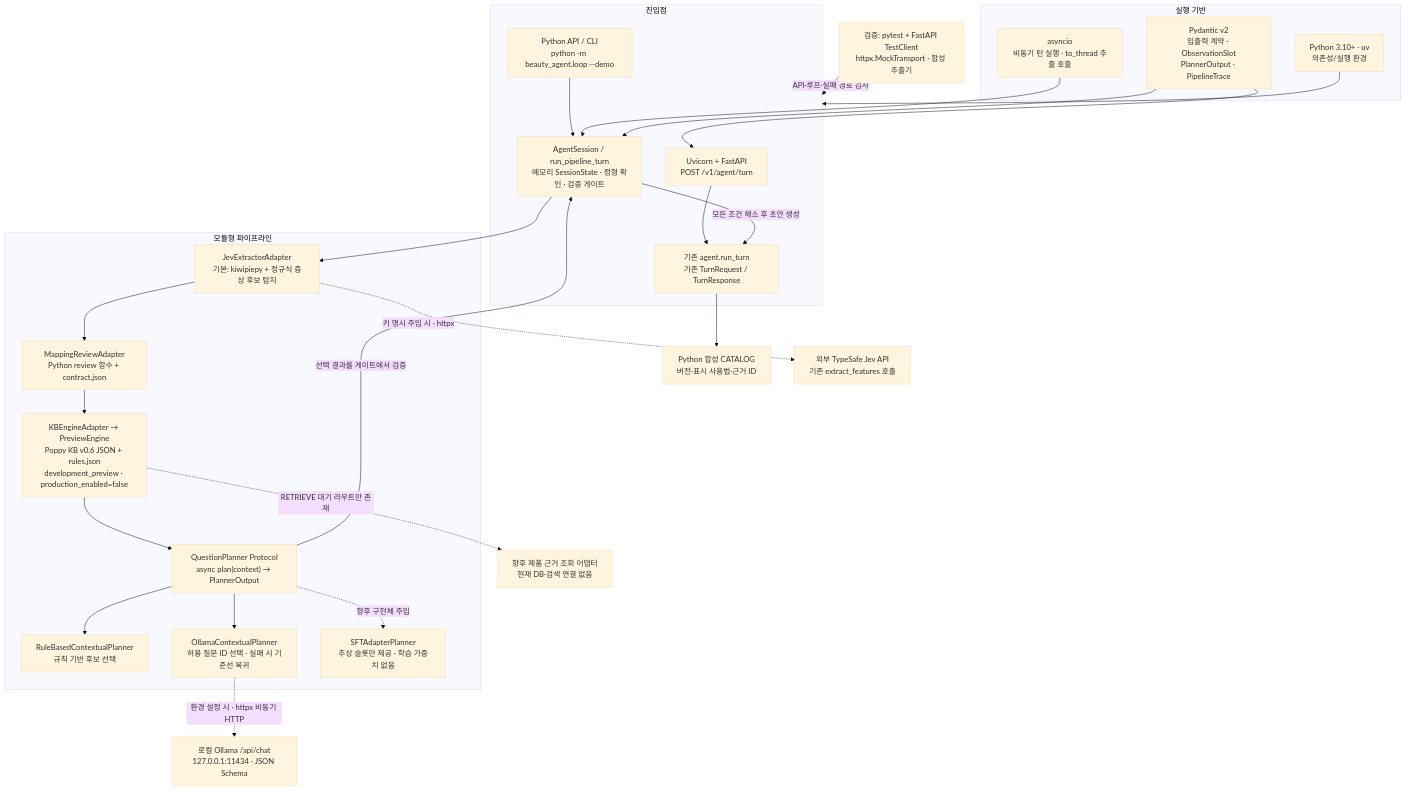
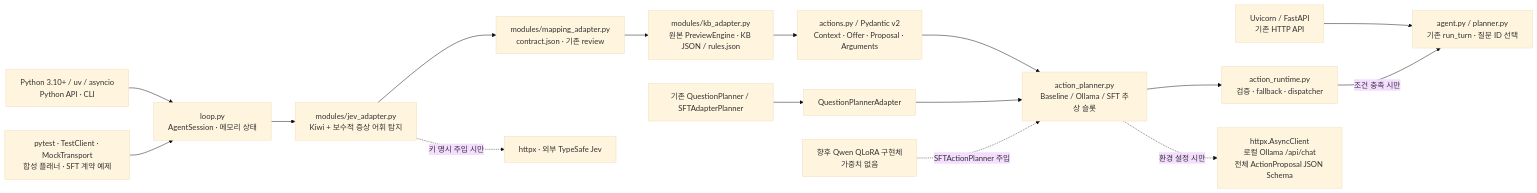
Before and after one commit to rnehdud/ppopy: the second of 2 diagrams in courses/ai-applications/experiments/cos-agent/docs/modular-agent-loop.md, drawn with Mermaid (base theme). The commit also changed other lines of this file and 13 other files, not shown here.

Commit message:
feat: validate and dispatch contextual agent action proposals

````diff
--- a/courses/ai-applications/experiments/cos-agent/docs/modular-agent-loop.md
+++ b/courses/ai-applications/experiments/cos-agent/docs/modular-agent-loop.md
@@ -45,47 +37,17 @@
 ```mermaid
-flowchart TB
-    subgraph Runtime["실행 기반"]
-        Python["Python 3.10+ · uv<br/>의존성/실행 환경"]
-        Async["asyncio<br/>비동기 턴 실행 · to_thread 추출 호출"]
-        Contracts["Pydantic v2<br/>입출력 계약 · ObservationSlot<br/>PlannerOutput · PipelineTrace"]
-    end
-
-    subgraph Entry["진입점"]
-        HTTP["Uvicorn + FastAPI<br/>POST /v1/agent/turn"]
-        Legacy["기존 agent.run_turn<br/>기존 TurnRequest / TurnResponse"]
-        CLI["Python API / CLI<br/>python -m beauty_agent.loop --demo"]
-        Loop["AgentSession / run_pipeline_turn<br/>메모리 SessionState · 정형 확인 · 검증 게이트"]
-        HTTP --> Legacy
-        CLI --> Loop
-    end
-
-    Python --> Entry
-    Async --> Loop
-    Contracts --> HTTP
-    Contracts --> Loop
-
-    subgraph Modules["모듈형 파이프라인"]
-        Extract["JevExtractorAdapter<br/>기본: kiwipiepy + 정규식 증상 후보 탐지"]
-        Review["MappingReviewAdapter<br/>Python review 함수 + contract.json"]
-        Engine["KBEngineAdapter → PreviewEngine<br/>Poppy KB v0.6 JSON + rules.json<br/>development_preview · production_enabled=false"]
-        Slot["QuestionPlanner Protocol<br/>async plan(context) → PlannerOutput"]
-        Base["RuleBasedContextualPlanner<br/>규칙 기반 후보 선택"]
-        Ollama["OllamaContextualPlanner<br/>허용 질문 ID 선택 · 실패 시 기준선 복귀"]
-        SFT["SFTAdapterPlanner<br/>추상 슬롯만 제공 · 학습 가중치 없음"]
-        Extract --> Review --> Engine --> Slot
-        Slot --> Base
-        Slot --> Ollama
-        Slot -.->|"향후 구현체 주입"| SFT
-    end
-
-    Loop --> Extract
-    Slot -->|"선택 결과를 게이트에서 검증"| Loop
-    Loop -->|"모든 조건 해소 후 초안 생성"| Legacy
-    Legacy --> Catalog["Python 합성 CATALOG<br/>버전·표시 사용법·근거 ID"]
-
-    Extract -.->|"키 명시 주입 시 · httpx"| JevAPI["외부 TypeSafe Jev API<br/>기존 extract_features 호출"]
-    Ollama -.->|"환경 설정 시 · httpx 비동기 HTTP"| Local["로컬 Ollama /api/chat<br/>127.0.0.1:11434 · JSON Schema"]
-    Engine -.->|"RETRIEVE 대기 라우트만 존재"| Future["향후 제품 근거 조회 어댑터<br/>현재 DB·검색 연결 없음"]
-
-    Tests["검증: pytest + FastAPI TestClient<br/>httpx.MockTransport · 합성 추출기"] -->|"API·루프·실패 경로 검사"| Entry
+flowchart LR
+    HTTP["Uvicorn / FastAPI<br/>기존 HTTP API"] --> Legacy["agent.py / planner.py<br/>기존 run_turn · 질문 ID 선택"]
+    Python["Python 3.10+ / uv / asyncio<br/>Python API · CLI"] --> Loop["loop.py<br/>AgentSession · 메모리 상태"]
+    Loop --> Extract["modules/jev_adapter.py<br/>Kiwi + 보수적 증상 어휘 탐지"]
+    Extract --> Review["modules/mapping_adapter.py<br/>contract.json · 기존 review"]
+    Review --> KB["modules/kb_adapter.py<br/>원본 PreviewEngine · KB JSON / rules.json"]
+    KB --> Contract["actions.py / Pydantic v2<br/>Context · Offer · Proposal · Arguments"]
+    Contract --> Planners["action_planner.py<br/>Baseline / Ollama / SFT 추상 슬롯"]
+    Planners --> Runtime["action_runtime.py<br/>검증 · fallback · dispatcher"]
+    Runtime -->|"조건 충족 시만"| Legacy
+    Old["기존 QuestionPlanner / SFTAdapterPlanner"] --> Adapter["QuestionPlannerAdapter"] --> Planners
+    Extract -.->|"키 명시 주입 시만"| JevAPI["httpx · 외부 TypeSafe Jev"]
+    Planners -.->|"환경 설정 시만"| Ollama["httpx.AsyncClient<br/>로컬 Ollama /api/chat<br/>전체 ActionProposal JSON Schema"]
+    Future["향후 Qwen QLoRA 구현체<br/>가중치 없음"] -.->|"SFTActionPlanner 주입"| Planners
+    Tests["pytest · TestClient · MockTransport<br/>합성 플래너 · SFT 계약 예제"] --> Loop
 ```
````
